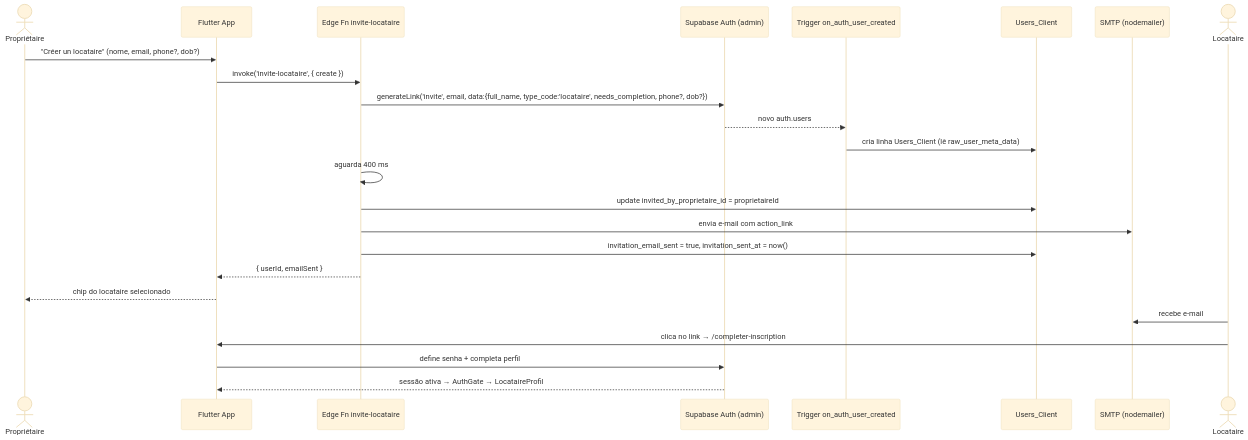
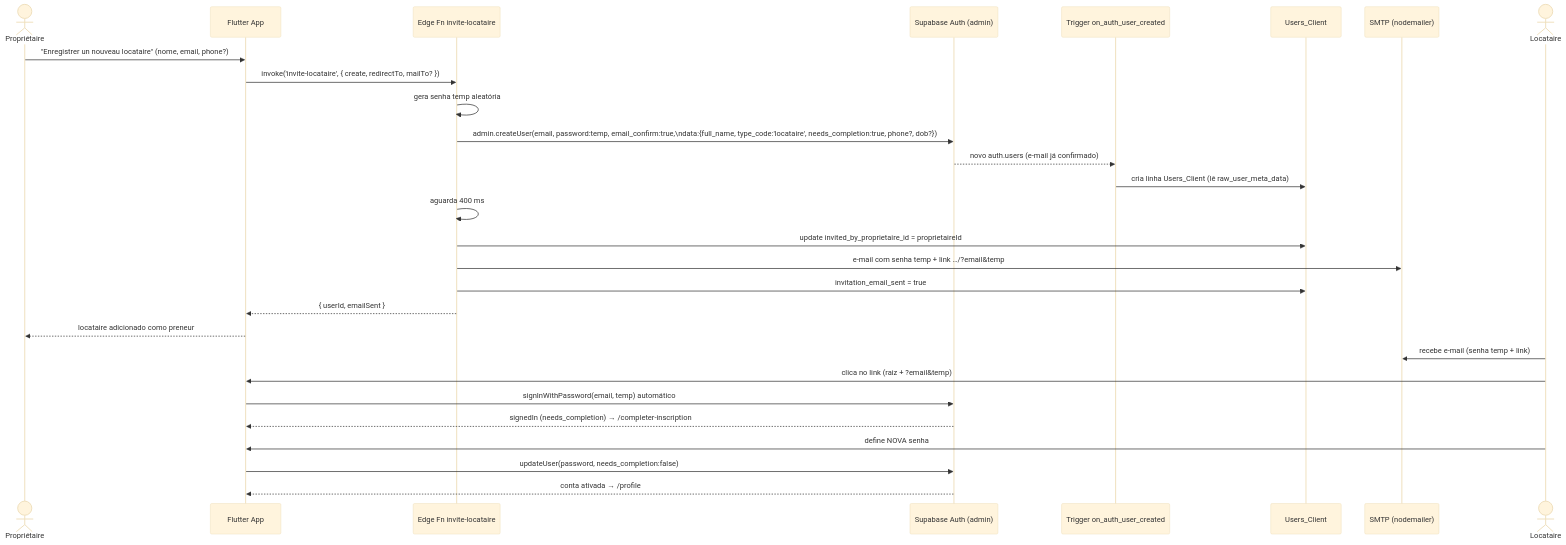
The first of 3 diagrams in diagrams/07_convite_e_edge_functions.md (rhayonne/lacoloc), drawn with Mermaid (base theme) before and after one commit. The commit also changed other lines of this file and 12 other files, not shown here.

Commit message:
Envio de email funcionando para o cadastro de locataire a partir do etat de lieux do proprietaire, quando ele escolhe criar um locataire.

````diff
--- a/diagrams/07_convite_e_edge_functions.md
+++ b/diagrams/07_convite_e_edge_functions.md
@@ -20,28 +32,32 @@
 ```mermaid
 sequenceDiagram
     actor PR as Propriétaire
     participant APP as Flutter App
     participant EF as Edge Fn invite-locataire
     participant AUTH as Supabase Auth (admin)
     participant TRG as Trigger on_auth_user_created
     participant UC as Users_Client
     participant SMTP as SMTP (nodemailer)
     actor LC as Locataire
 
-    PR->>APP: "Créer un locataire" (nome, email, phone?, dob?)
-    APP->>EF: invoke('invite-locataire', { create })
-    EF->>AUTH: generateLink('invite', email, data:{full_name, type_code:'locataire', needs_completion, phone?, dob?})
-    AUTH-->>TRG: novo auth.users
+    PR->>APP: "Enregistrer un nouveau locataire" (nome, email, phone?)
+    APP->>EF: invoke('invite-locataire', { create, redirectTo, mailTo? })
+    EF->>EF: gera senha temp aleatória
+    EF->>AUTH: admin.createUser(email, password:temp, email_confirm:true,\ndata:{full_name, type_code:'locataire', needs_completion:true, phone?, dob?})
+    AUTH-->>TRG: novo auth.users (e-mail já confirmado)
     TRG->>UC: cria linha Users_Client (lê raw_user_meta_data)
     EF->>EF: aguarda 400 ms
     EF->>UC: update invited_by_proprietaire_id = proprietaireId
-    EF->>SMTP: envia e-mail com action_link
-    EF->>UC: invitation_email_sent = true, invitation_sent_at = now()
+    EF->>SMTP: e-mail com senha temp + link …/?email&temp
+    EF->>UC: invitation_email_sent = true
     EF-->>APP: { userId, emailSent }
-    APP-->>PR: chip do locataire selecionado
+    APP-->>PR: locataire adicionado como preneur
 
-    LC->>SMTP: recebe e-mail
-    LC->>APP: clica no link → /completer-inscription
-    APP->>AUTH: define senha + completa perfil
-    AUTH-->>APP: sessão ativa → AuthGate → LocataireProfil
+    LC->>SMTP: recebe e-mail (senha temp + link)
+    LC->>APP: clica no link (raiz + ?email&temp)
+    APP->>AUTH: signInWithPassword(email, temp) automático
+    AUTH-->>APP: signedIn (needs_completion) → /completer-inscription
+    LC->>APP: define NOVA senha
+    APP->>AUTH: updateUser(password, needs_completion:false)
+    AUTH-->>APP: conta ativada → /profile
 ```
````
